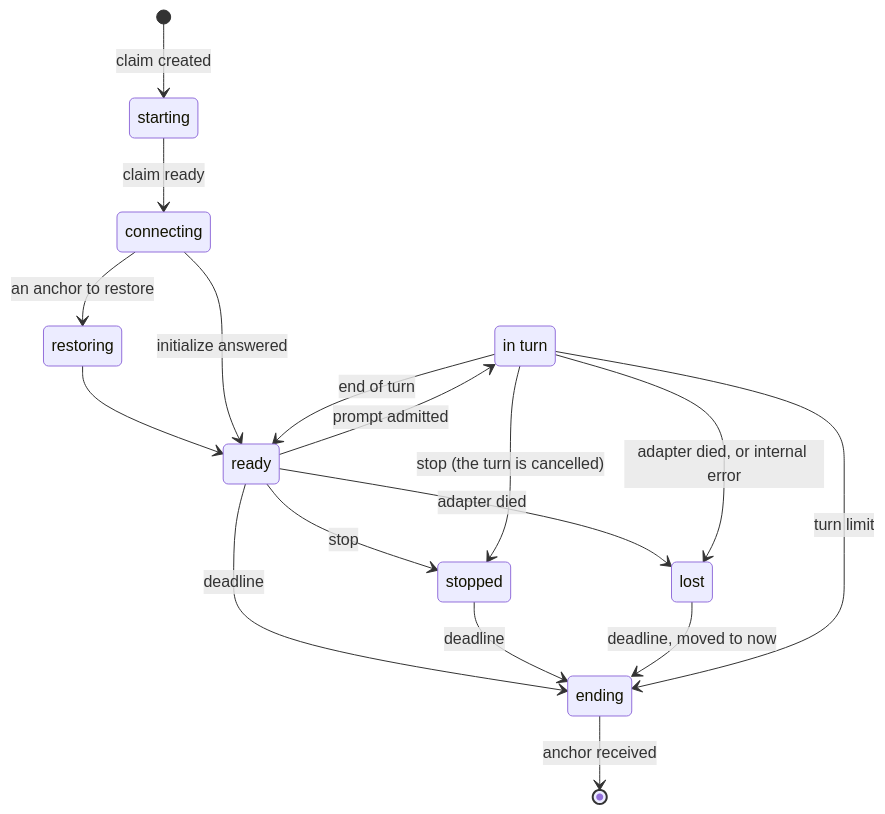
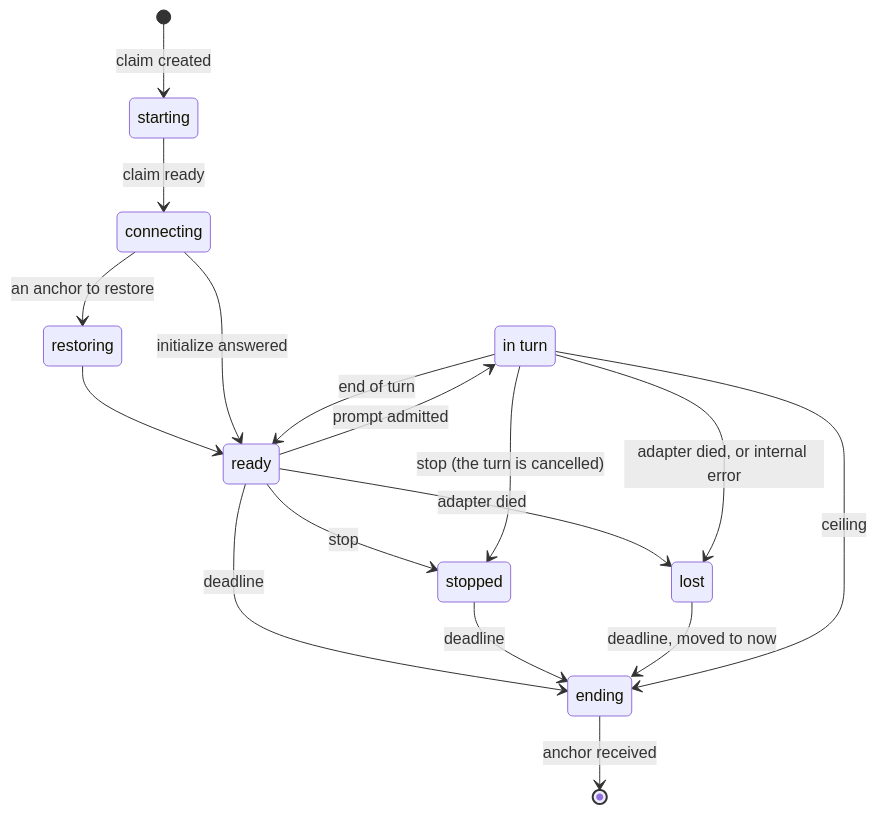
One commit to arnaultbretagne/agora changed the second of 3 diagrams in docs/architecture/executions.md. Above: the diagram before and after it, drawn with Mermaid. The commit also changed other lines of this file and 40 other files, not shown here.

````diff
--- a/docs/architecture/executions.md
+++ b/docs/architecture/executions.md
@@ -56,20 +56,20 @@
 ```mermaid
 stateDiagram-v2
     state "in turn" as in_turn
     [*] --> starting: claim created
     starting --> connecting: claim ready
     connecting --> restoring: an anchor to restore
     restoring --> ready
     connecting --> ready: initialize answered
     ready --> in_turn: prompt admitted
     in_turn --> ready: end of turn
     ready --> stopped: stop
     in_turn --> stopped: stop (the turn is cancelled)
     ready --> lost: adapter died
     in_turn --> lost: adapter died, or internal error
     ready --> ending: deadline
     stopped --> ending: deadline
     lost --> ending: deadline, moved to now
-    in_turn --> ending: turn limit
+    in_turn --> ending: ceiling
     ending --> [*]: anchor received
 ```
````
